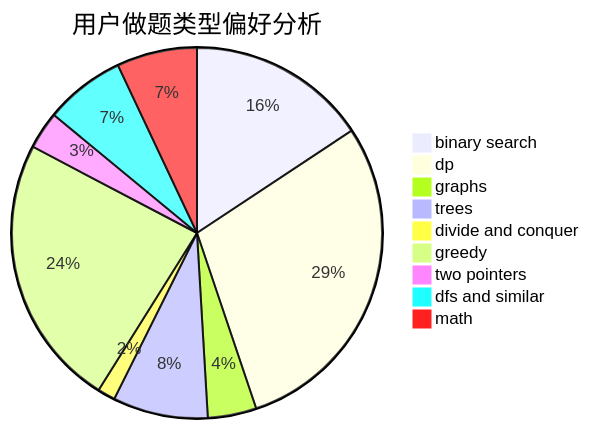
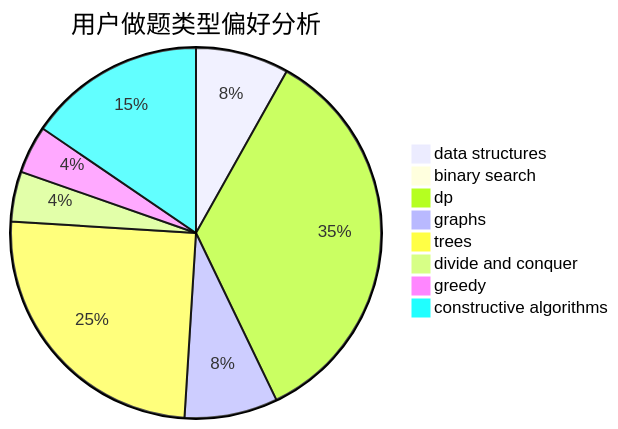
Before and after one commit to sherpahu/cfrs.github.io: the second of 3 diagrams in docs/user/u1222.md, drawn with Mermaid. The commit also changed other lines of this file and 2775 other files, not shown here.

````diff
--- a/docs/user/u1222.md
+++ b/docs/user/u1222.md
@@ -23,12 +23,11 @@
 ```mermaid
 pie title 用户做题类型偏好分析
-    "binary search" :  244
-    "dp" :  453
-    "graphs" :  66
-    "trees" :  129
-    "divide and conquer" :  24
-    "greedy" :  370
-    "two pointers" :  51
-    "dfs and similar" :  109
-    "math" :  109
+    "data structures" :  41
+    "binary search" :  2
+    "dp" :  175
+    "graphs" :  41
+    "trees" :  126
+    "divide and conquer" :  22
+    "greedy" :  21
+    "constructive algorithms" :  78
 ```
````
